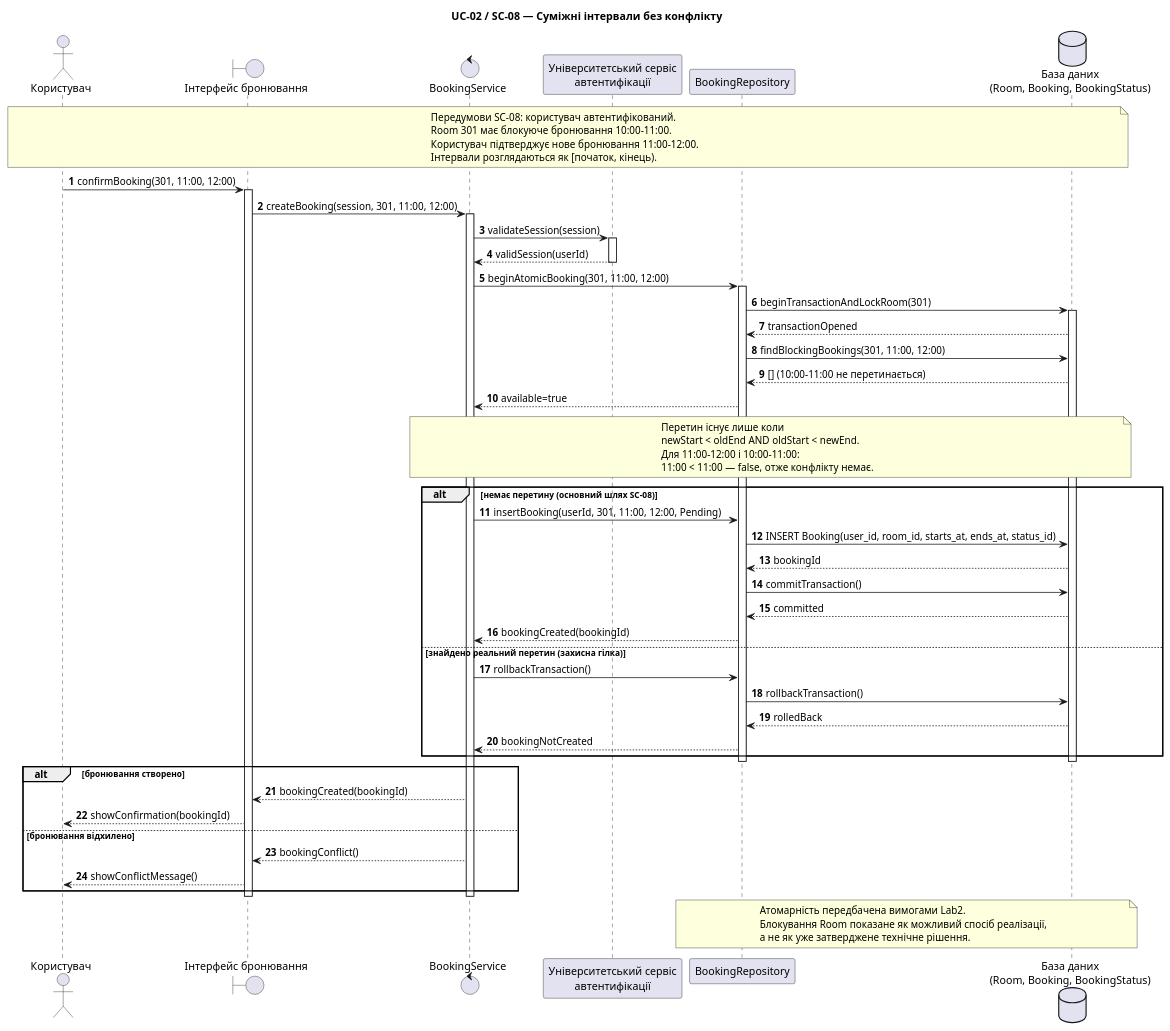
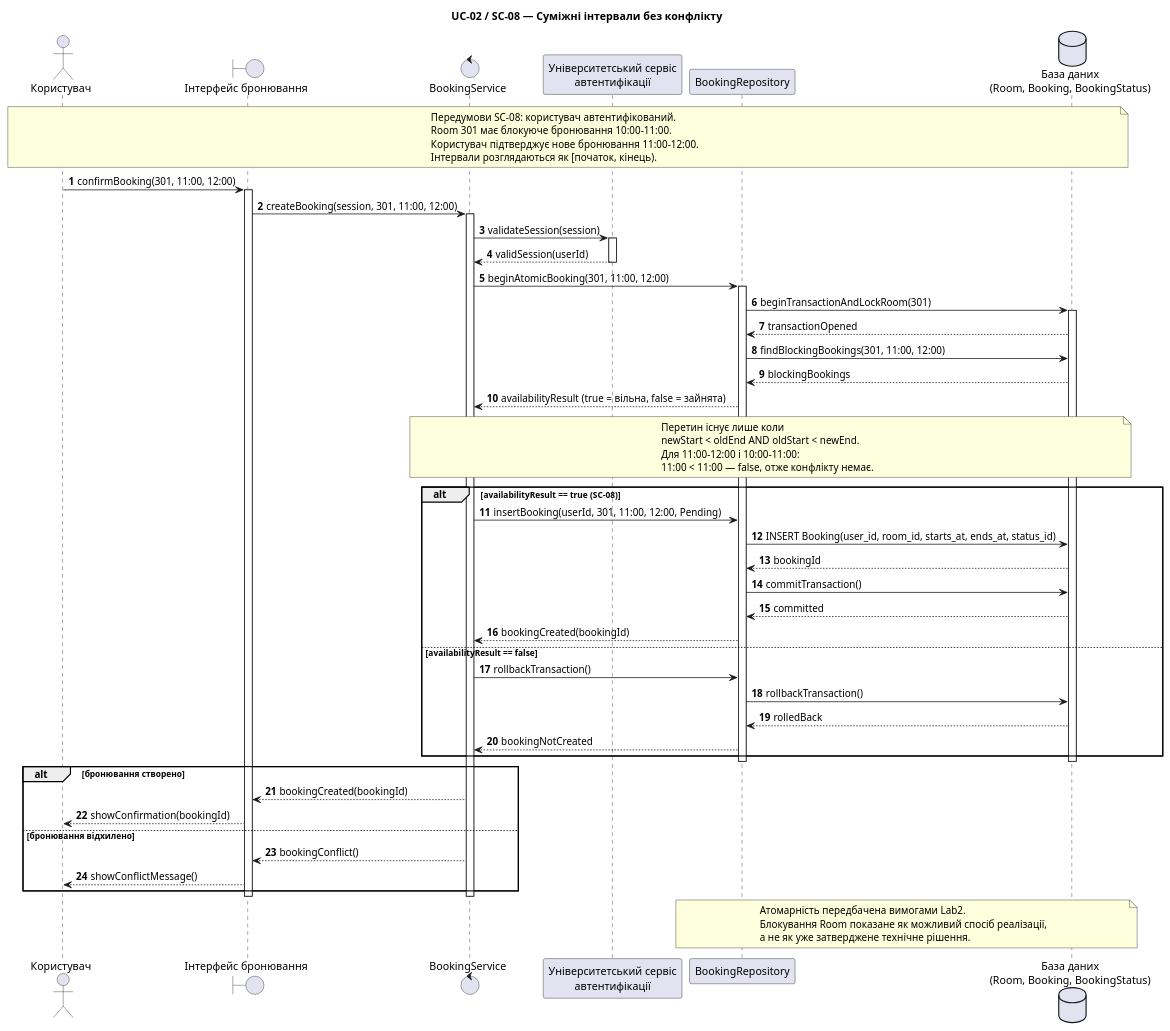
One commit to Oleksandr-C-S/MAVPZ changed the diagram in lab3/model/sequence-04.puml. Above: the diagram before and after it, drawn with PlantUML. The commit also changed 7 other files, not shown here.

Commit message:
fix availability conditions in sequence diagrams

```diff
--- a/lab3/model/sequence-04.puml
+++ b/lab3/model/sequence-04.puml
@@ -1,80 +1,78 @@
 @startuml
-' Lab3 — UC-02 / SC-08: Суміжні інтервали дозволені
-' Основа: lab2/gherkin.md — SC-08
 
 title UC-02 / SC-08 — Суміжні інтервали без конфлікту
 
 autonumber
 actor "Користувач" as User
 boundary "Інтерфейс бронювання" as UI
 control "BookingService" as Service
 participant "Університетський сервіс\nавтентифікації" as Auth
 participant "BookingRepository" as Repo
 database "База даних\n(Room, Booking, BookingStatus)" as DB
 
 note over User,DB
 Передумови SC-08: користувач автентифікований.
 Room 301 має блокуюче бронювання 10:00–11:00.
 Користувач підтверджує нове бронювання 11:00–12:00.
 Інтервали розглядаються як [початок, кінець).
 end note
 
 User -> UI : confirmBooking(301, 11:00, 12:00)
 activate UI
 UI -> Service : createBooking(session, 301, 11:00, 12:00)
 activate Service
 Service -> Auth : validateSession(session)
 activate Auth
 Auth --> Service : validSession(userId)
 deactivate Auth
 
 Service -> Repo : beginAtomicBooking(301, 11:00, 12:00)
 activate Repo
 Repo -> DB : beginTransactionAndLockRoom(301)
 activate DB
 DB --> Repo : transactionOpened
 Repo -> DB : findBlockingBookings(301, 11:00, 12:00)
-DB --> Repo : [] (10:00–11:00 не перетинається)
-Repo --> Service : available=true
+DB --> Repo : blockingBookings
+Repo --> Service : availabilityResult (true = вільна, false = зайнята)
 
 note over Service,DB
 Перетин існує лише коли
 newStart < oldEnd AND oldStart < newEnd.
 Для 11:00–12:00 і 10:00–11:00:
 11:00 < 11:00 — false, отже конфлікту немає.
 end note
 
-alt немає перетину (основний шлях SC-08)
+alt availabilityResult == true (SC-08)
     Service -> Repo : insertBooking(userId, 301, 11:00, 12:00, Pending)
     Repo -> DB : INSERT Booking(user_id, room_id, starts_at, ends_at, status_id)
     DB --> Repo : bookingId
     Repo -> DB : commitTransaction()
     DB --> Repo : committed
     Repo --> Service : bookingCreated(bookingId)
-else знайдено реальний перетин (захисна гілка)
+else availabilityResult == false
     Service -> Repo : rollbackTransaction()
     Repo -> DB : rollbackTransaction()
     DB --> Repo : rolledBack
     Repo --> Service : bookingNotCreated
 end
 
 deactivate DB
 deactivate Repo
 
 alt бронювання створено
     Service --> UI : bookingCreated(bookingId)
     UI --> User : showConfirmation(bookingId)
 else бронювання відхилено
     Service --> UI : bookingConflict()
     UI --> User : showConflictMessage()
 end
 
 deactivate Service
 deactivate UI
 
 note over Repo,DB
 Атомарність передбачена вимогами Lab2.
 Блокування Room показане як можливий спосіб реалізації,
 а не як уже затверджене технічне рішення.
 end note
 @enduml
```
